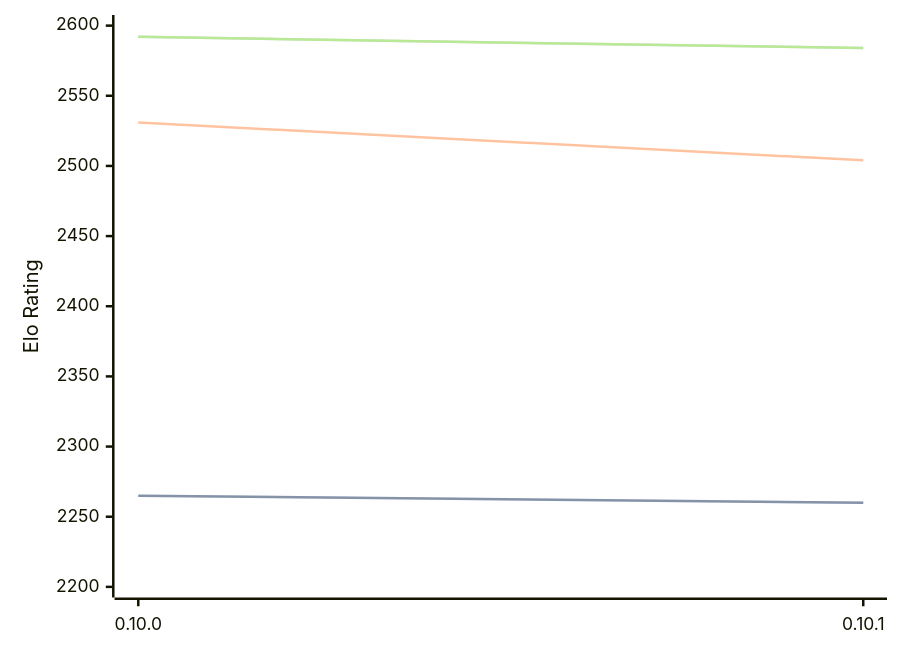
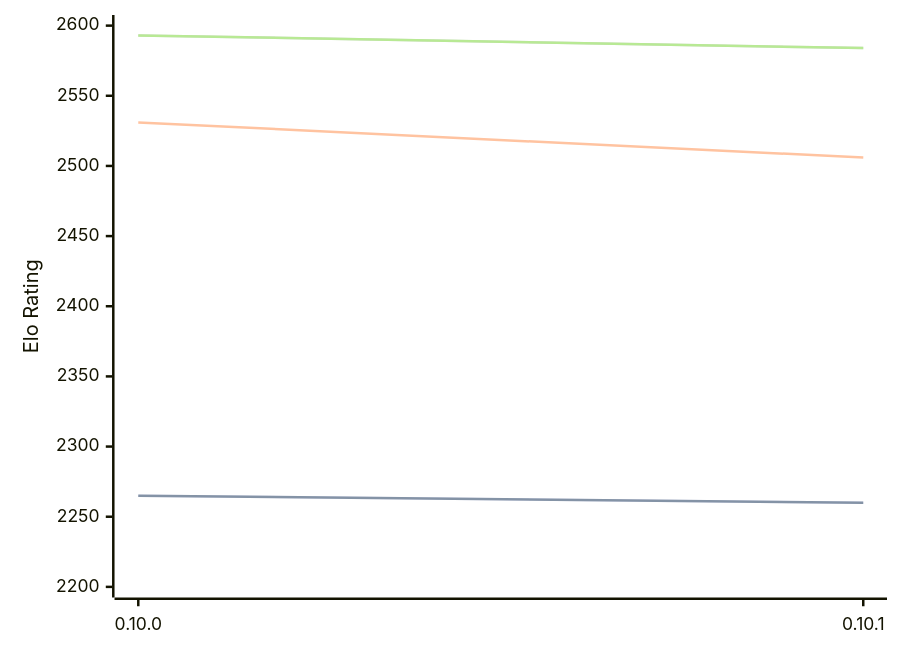
One commit to computer-chess-index/cci changed the first of 3 diagrams in engines/Fatalii.md. Above: the diagram before and after it, drawn with Mermaid. The commit also changed other lines of this file, not shown here.

Commit message:
Update CCI Ratings (ELO VLTC) - 2026-06-20

````diff
--- a/engines/Fatalii.md
+++ b/engines/Fatalii.md
@@ -46,11 +46,11 @@
 ```mermaid
 %%{init: {"theme":"base","themeVariables":{"seriesColors:['#a3a3a3','#222221','#faa371']}}}%%
 xychart-beta
   x-axis ["0.10.0", "0.10.1"]
   y-axis "Elo Rating" 2200 --> 2600
   line "STC (8.0+0.08s)" [2265, 2260]
   line "STC (8.0+0.08s)" [2265, 2260]
-  line "LTC (60.0+0.60s)" [2531, 2504]
-  line "VLTC (2m24s+1.12s)" [2592, 2584]
-  line "VLTC (2m24s+1.12s)" [2592, 2584]
+  line "LTC (60.0+0.60s)" [2531, 2506]
+  line "VLTC (2m24s+1.12s)" [2593, 2584]
+  line "VLTC (2m24s+1.12s)" [2593, 2584]
 ```
````
